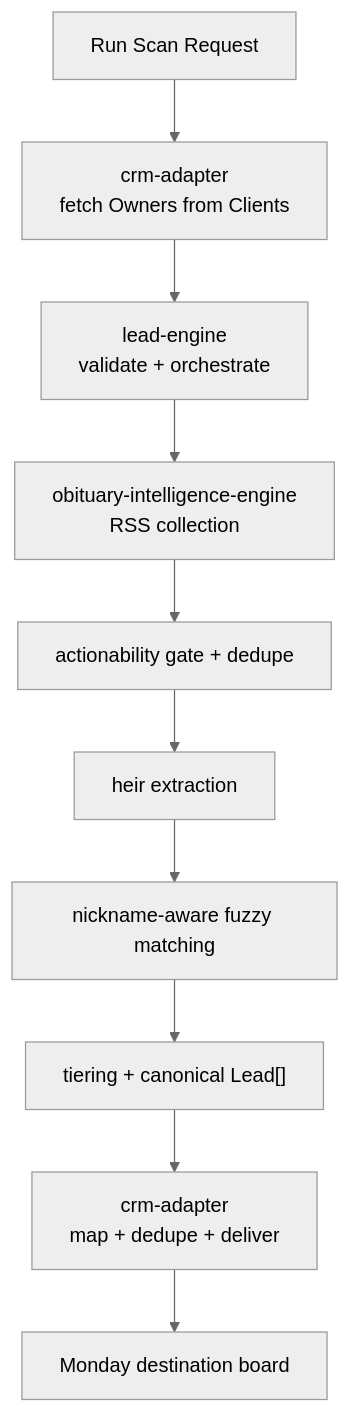
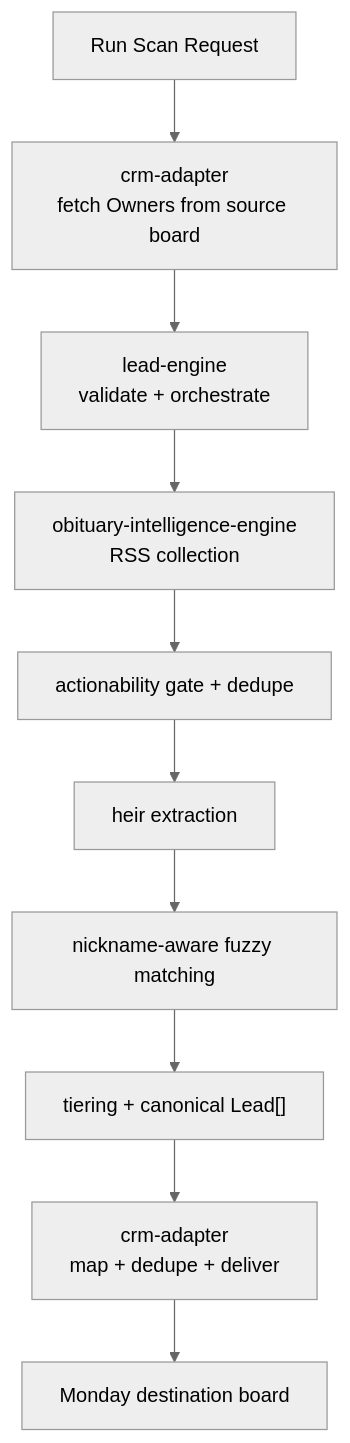
One commit to nice-and-precise/lli-saas changed the second of 3 diagrams in docs/system-architecture.md. Above: the diagram before and after it, drawn with Mermaid (neutral theme). The commit also changed other lines of this file and 5 other files, not shown here.

````diff
--- a/docs/system-architecture.md
+++ b/docs/system-architecture.md
@@ -30,12 +30,12 @@
 ```mermaid
 flowchart TB
-    A["Run Scan Request"] --> B["crm-adapter<br/>fetch Owners from Clients"]
+    A["Run Scan Request"] --> B["crm-adapter<br/>fetch Owners from source board"]
     B --> C["lead-engine<br/>validate + orchestrate"]
     C --> D["obituary-intelligence-engine<br/>RSS collection"]
     D --> E["actionability gate + dedupe"]
     E --> F["heir extraction"]
     F --> G["nickname-aware fuzzy matching"]
     G --> H["tiering + canonical Lead[]"]
     H --> I["crm-adapter<br/>map + dedupe + deliver"]
     I --> J["Monday destination board"]
 ```
````
